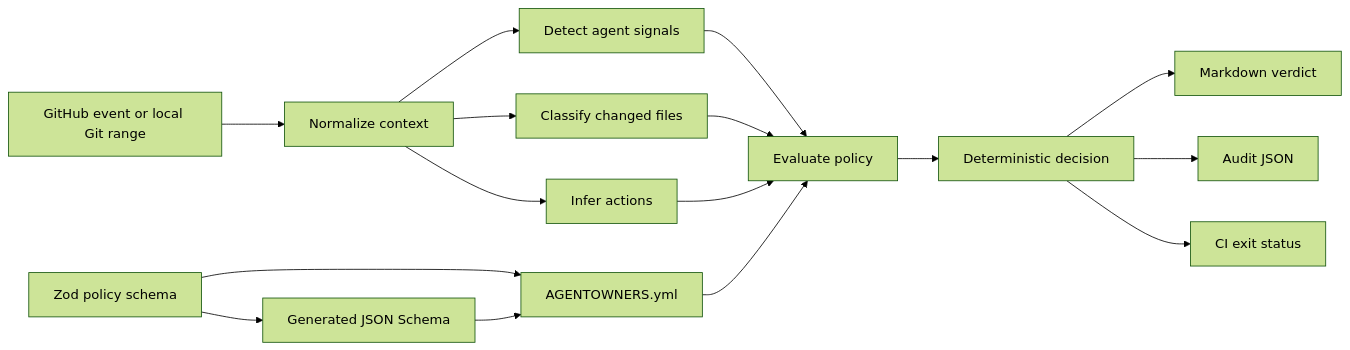
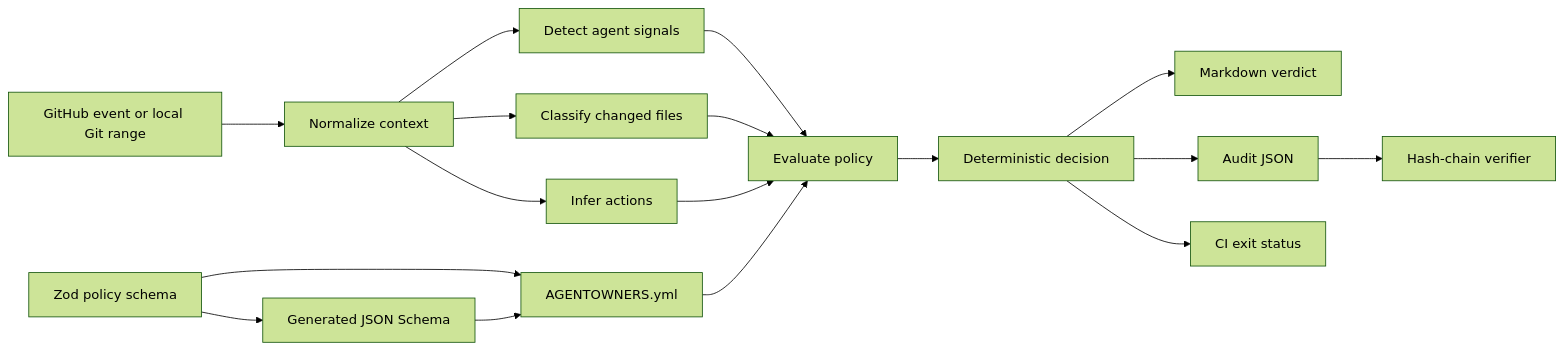
Before and after one commit to streamentry/AGENTOWNERS: the first of 3 diagrams in docs/architecture.md, drawn with Mermaid (forest theme). The commit also changed other lines of this file and 21 other files, not shown here.

````diff
--- a/docs/architecture.md
+++ b/docs/architecture.md
@@ -8,18 +8,19 @@
 ```mermaid
 flowchart LR
   A[GitHub event or local Git range] --> B[Normalize context]
   B --> C[Detect agent signals]
   B --> D[Classify changed files]
   B --> E[Infer actions]
   C --> F[Evaluate policy]
   D --> F
   E --> F
   P[AGENTOWNERS.yml] --> F
   Z[Zod policy schema] --> P
   Z --> S[Generated JSON Schema]
   S --> P
   F --> G[Deterministic decision]
   G --> H[Markdown verdict]
   G --> I[Audit JSON]
+  I --> K[Hash-chain verifier]
   G --> J[CI exit status]
 ```
````
